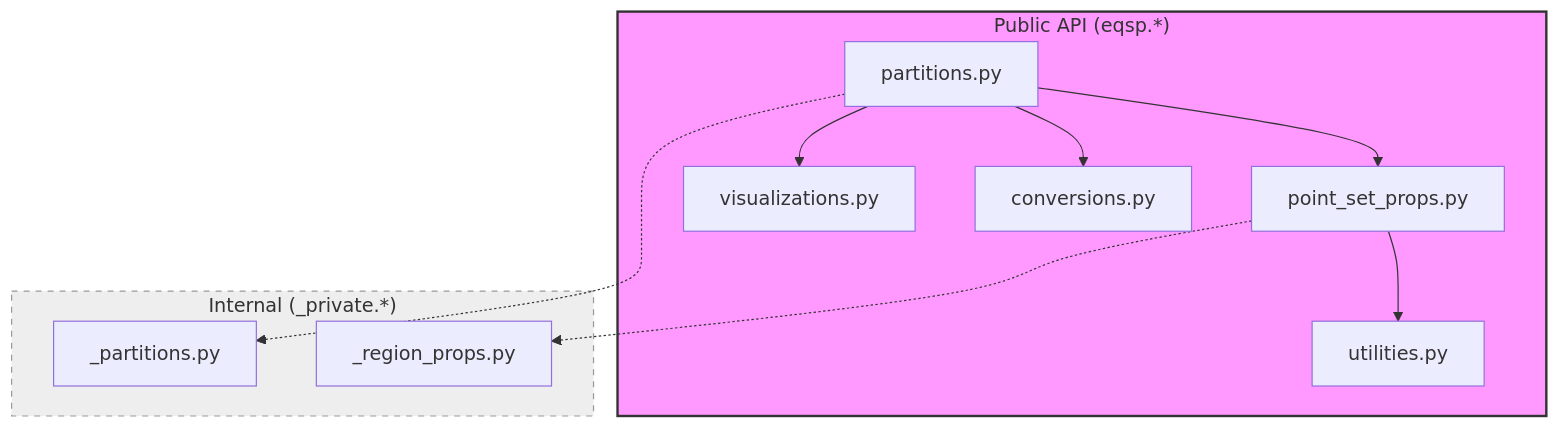
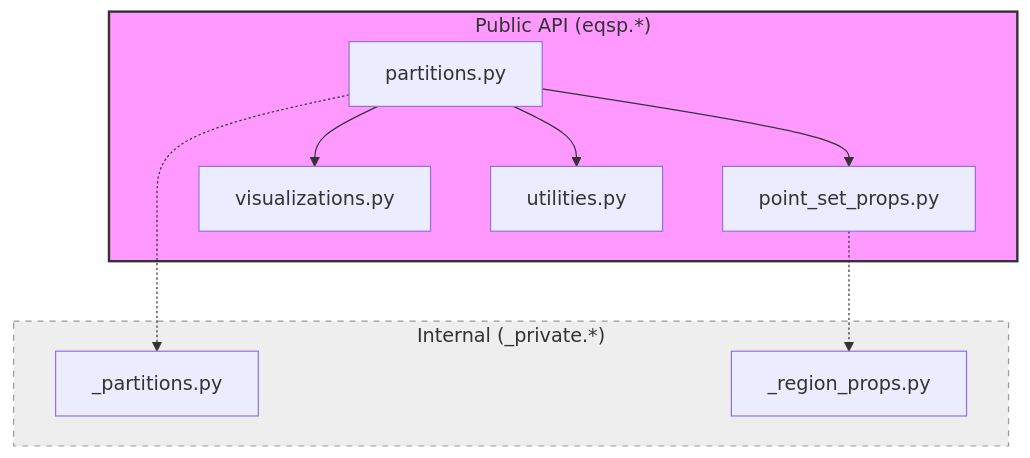
The first of 2 diagrams in doc/design_and_architecture.md (penguian/eqsp), drawn with Mermaid before and after one commit. The commit also changed other lines of this file and 13 other files, not shown here.

````diff
--- a/doc/design_and_architecture.md
+++ b/doc/design_and_architecture.md
@@ -15,17 +15,16 @@
 ```{mermaid}
 graph TD
     subgraph PublicAPI ["Public API (eqsp.*)"]
         A[partitions.py] --> C[point_set_props.py]
         A --> V[visualizations.py]
-        A --> CONV[conversions.py]
-        C --> UTILS[utilities.py]
+        A --> UTILS[utilities.py]
     end
 
     subgraph Private ["Internal (_private.*)"]
         A -.-> P_PART[_partitions.py]
         C -.-> P_RPROP[_region_props.py]
     end
 
     style PublicAPI fill:#f9f,stroke:#333,stroke-width:2px
     style Private fill:#eee,stroke:#999,stroke-dasharray: 5 5
 ```
````
